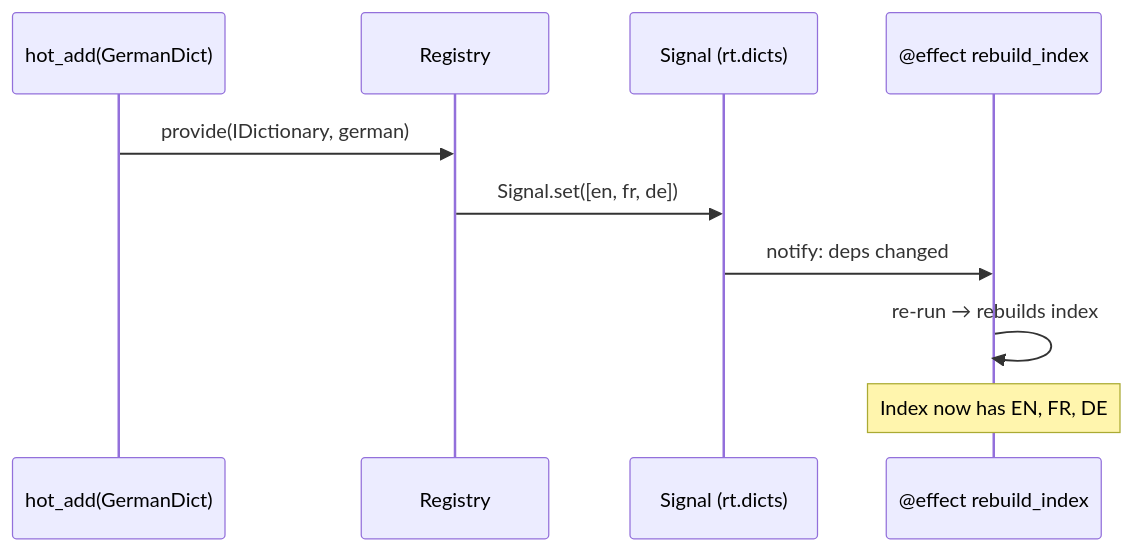
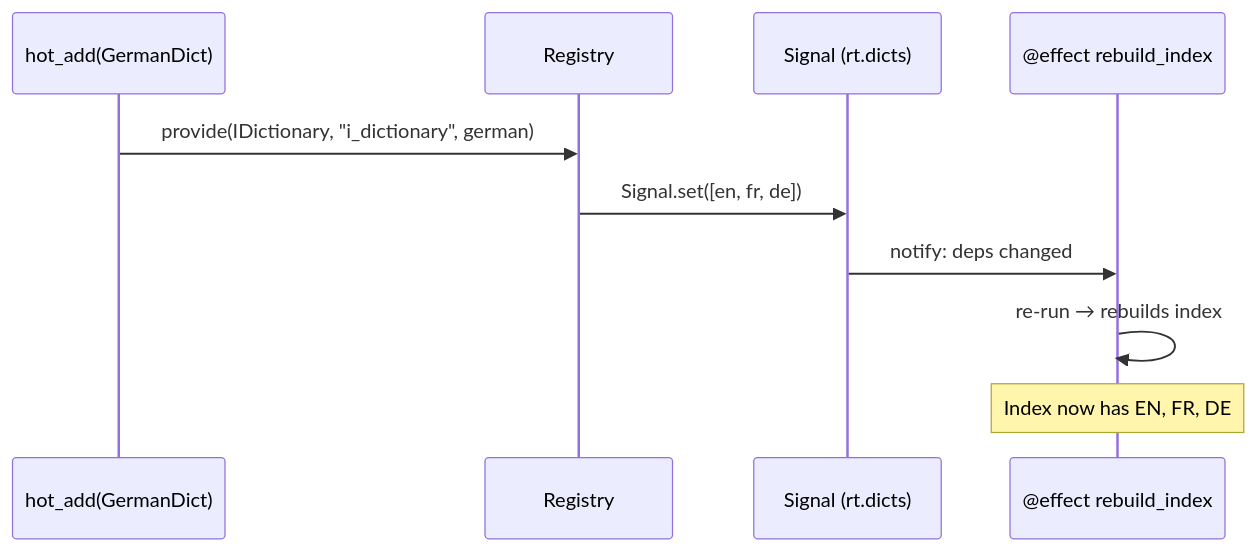
The diagram in docs/history/2026-08-v1-book/guide/03-dynamic-services.qmd (bayeslearner/signalpy-kernel), drawn with Mermaid before and after one commit. The commit also changed 24 other files, not shown here.

````diff
--- a/docs/history/2026-08-v1-book/guide/03-dynamic-services.qmd
+++ b/docs/history/2026-08-v1-book/guide/03-dynamic-services.qmd
@@ -12,13 +12,13 @@
 ```{mermaid}
 sequenceDiagram
     participant H as hot_add(GermanDict)
     participant R as Registry
     participant S as Signal (rt.dicts)
     participant E as @effect rebuild_index
 
-    H->>R: provide(IDictionary, german)
+    H->>R: provide(IDictionary, "i_dictionary", german)
     R->>S: Signal.set([en, fr, de])
     S->>E: notify: deps changed
     E->>E: re-run → rebuilds index
     Note over E: Index now has EN, FR, DE
 ```
````
